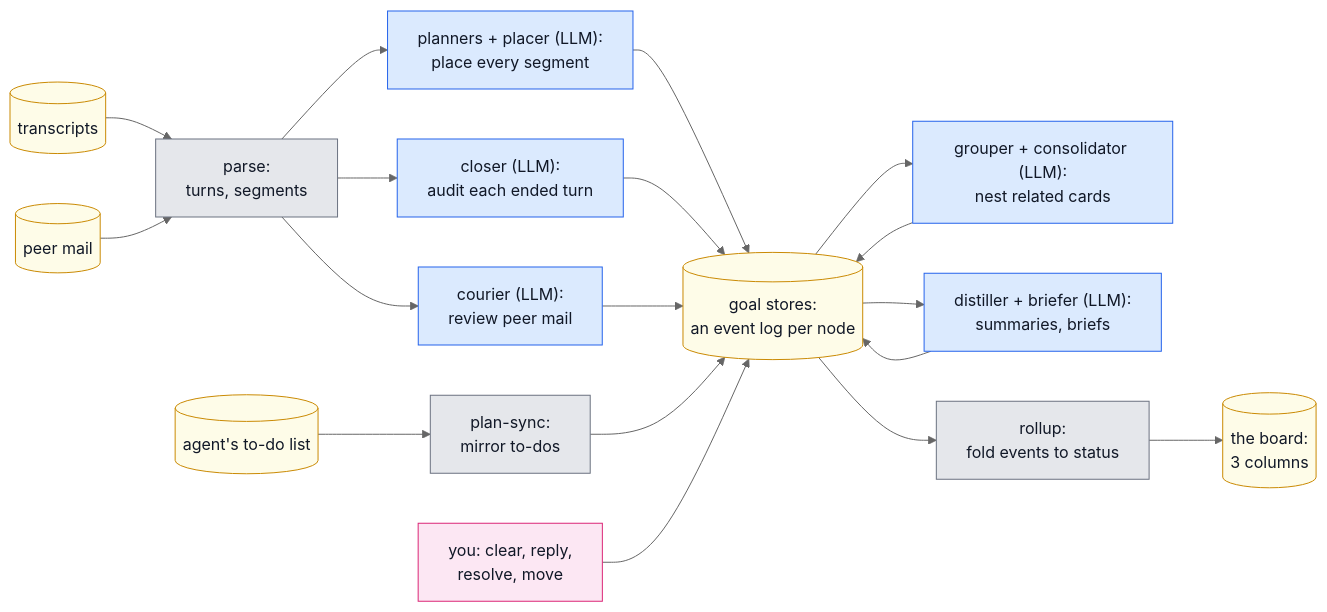
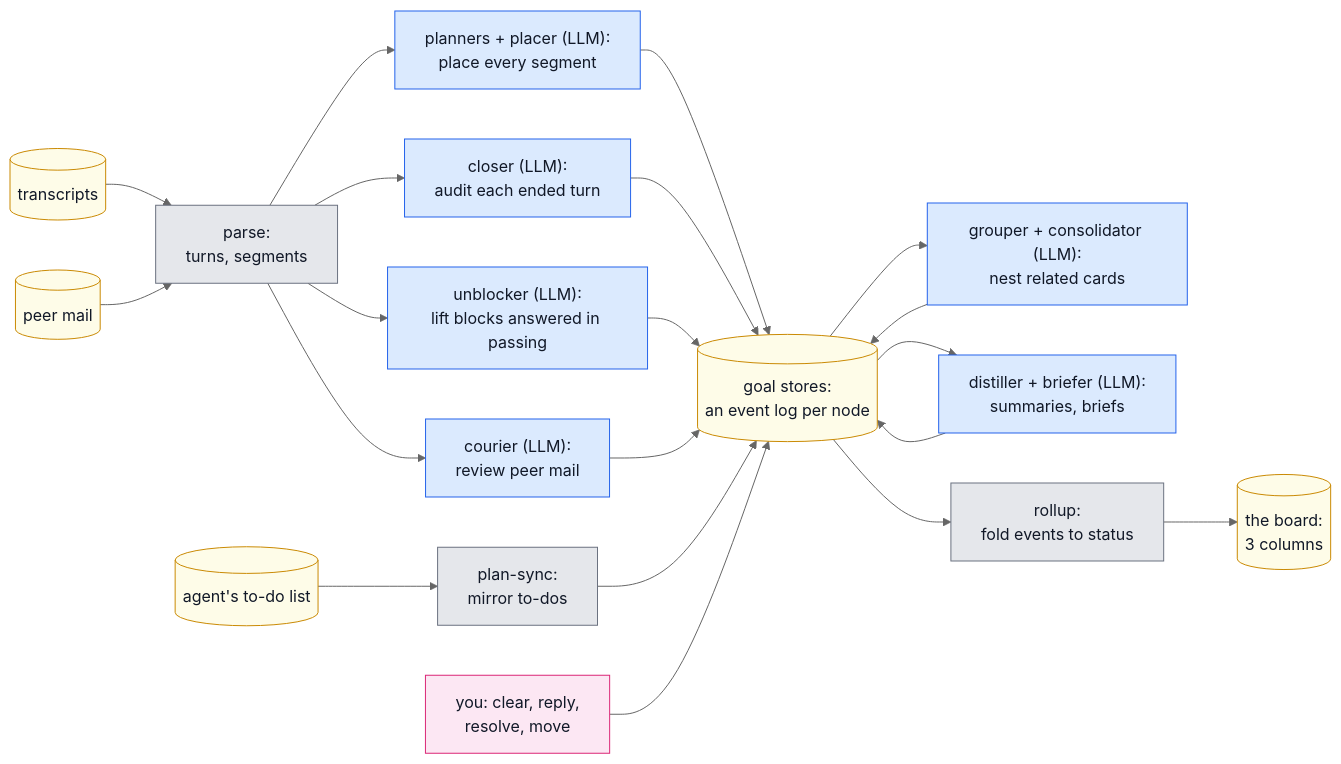
One commit to Chris-mian/romp changed the first of 6 diagrams in docs/judge-pipeline.md. Above: the diagram before and after it, drawn with Mermaid (neutral theme). The commit also changed other lines of this file and 9 other files, not shown here.

````diff
--- a/docs/judge-pipeline.md
+++ b/docs/judge-pipeline.md
@@ -22,22 +22,24 @@
 ```mermaid
 flowchart LR
     TR[("transcripts")]:::data --> PARSE["parse:<br/>turns, segments"]:::det
     MAIL[("peer mail")]:::data --> PARSE
     PARSE --> PLAN["planners + placer (LLM):<br/>place every segment"]:::llm
     PARSE --> CLOSE["closer (LLM):<br/>audit each ended turn"]:::llm
+    PARSE --> UNB["unblocker (LLM):<br/>lift blocks answered in passing"]:::llm
     PARSE --> COUR["courier (LLM):<br/>review peer mail"]:::llm
     TODO[("agent's to-do list")]:::data --> SYNC["plan-sync:<br/>mirror to-dos"]:::det
     PLAN --> LOG[("goal stores:<br/>an event log per node")]:::data
     CLOSE --> LOG
+    UNB --> LOG
     COUR --> LOG
     SYNC --> LOG
     YOU["you: clear, reply,<br/>resolve, move"]:::user --> LOG
     LOG --> GROUP["grouper + consolidator (LLM):<br/>nest related cards"]:::llm --> LOG
     LOG --> DIST["distiller + briefer (LLM):<br/>summaries, briefs"]:::llm --> LOG
     LOG --> ROLL["rollup:<br/>fold events to status"]:::det
     ROLL --> BOARD[("the board:<br/>3 columns")]:::data
     classDef llm fill:#dbeafe,stroke:#2563eb,color:#111827
     classDef det fill:#e5e7eb,stroke:#6b7280,color:#111827
     classDef data fill:#fefce8,stroke:#ca8a04,color:#111827
     classDef user fill:#fce7f3,stroke:#db2777,color:#111827
 ```
````
